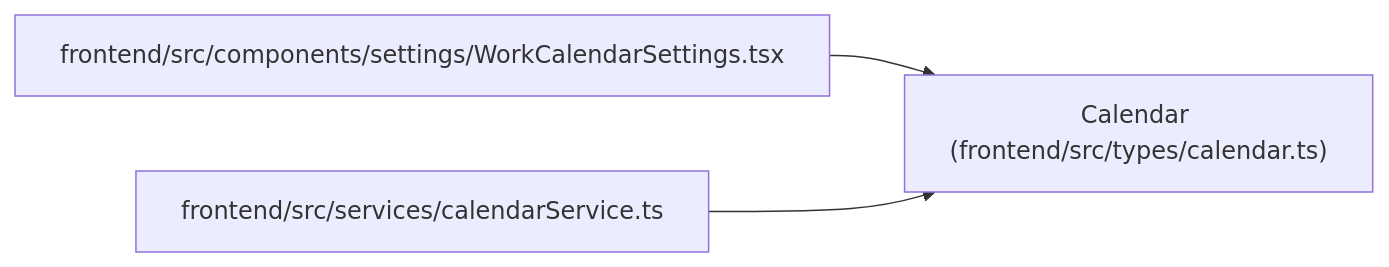
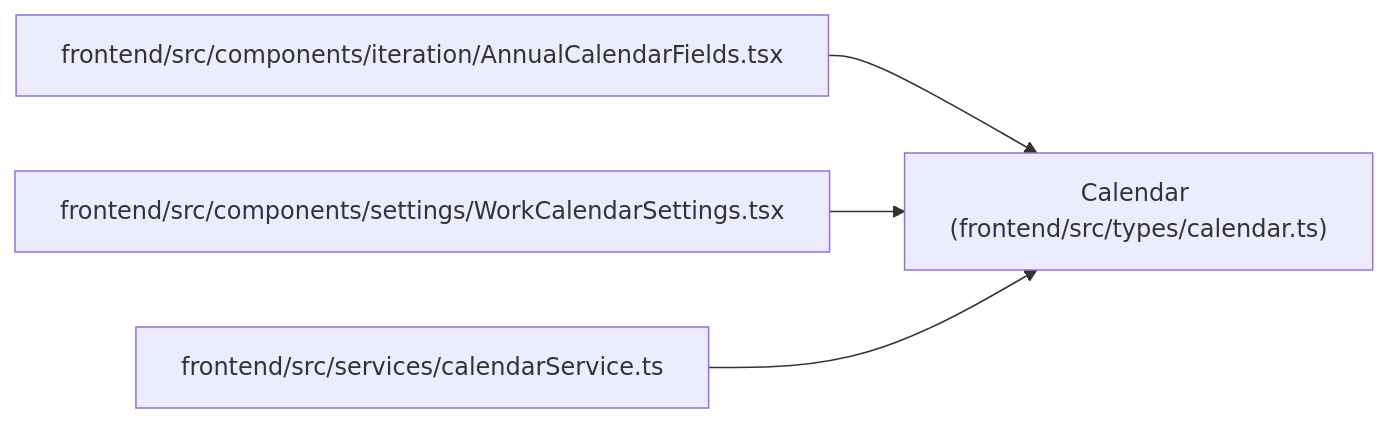
The diagram in docs/llm_wiki/entities/types_calendar_Calendar.md (Denissvgn/WorkChord), drawn with Mermaid before and after one commit. The commit also changed other lines of this file and 920 other files, not shown here.

````diff
--- a/docs/llm_wiki/entities/types_calendar_Calendar.md
+++ b/docs/llm_wiki/entities/types_calendar_Calendar.md
@@ -32,11 +32,14 @@
 ```mermaid
 flowchart LR
     n0["Calendar (frontend/src/types/calendar.ts)"]
-    n1["frontend/src/components/settings/WorkCalendarSettings.tsx"]
-    n2["frontend/src/services/calendarService.ts"]
+    n1["frontend/src/components/iteration/AnnualCalendarFields.tsx"]
+    n2["frontend/src/components/settings/WorkCalendarSettings.tsx"]
+    n3["frontend/src/services/calendarService.ts"]
     n1 --> n0
     n2 --> n0
+    n3 --> n0
     click n0 "../modules/types_calendar.md"
-    click n1 "../modules/WorkCalendarSettings.md"
-    click n2 "../modules/calendarService.md"
+    click n1 "../modules/AnnualCalendarFields.md"
+    click n2 "../modules/WorkCalendarSettings.md"
+    click n3 "../modules/calendarService.md"
 ```
````
